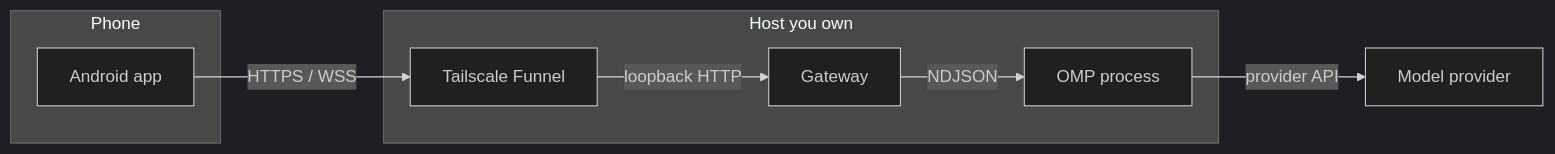
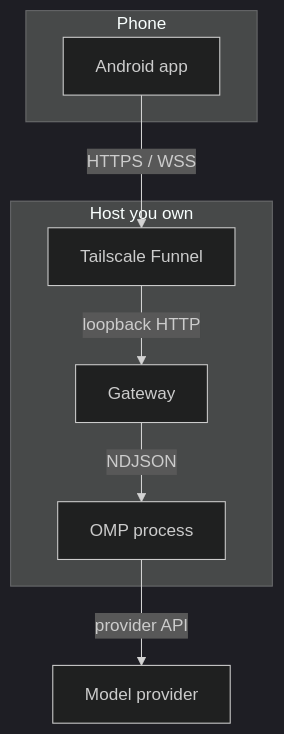
The diagram in README.md (3xian/PinkCollab), drawn with Mermaid (dark theme) before and after one commit.

Commit message:
docs: stack the README architecture diagram top-down

````diff
--- a/README.md
+++ b/README.md
@@ -9,16 +9,16 @@
 ```mermaid
-flowchart LR
+flowchart TD
     subgraph phone [Phone]
         App[Android app]
     end
     subgraph host [Host you own]
         Funnel[Tailscale Funnel]
         Gateway
         OMP[OMP process]
         Funnel -->|loopback HTTP| Gateway
         Gateway -->|NDJSON| OMP
     end
     Provider[Model provider]
     App -->|HTTPS / WSS| Funnel
     OMP -->|provider API| Provider
 ```
````
